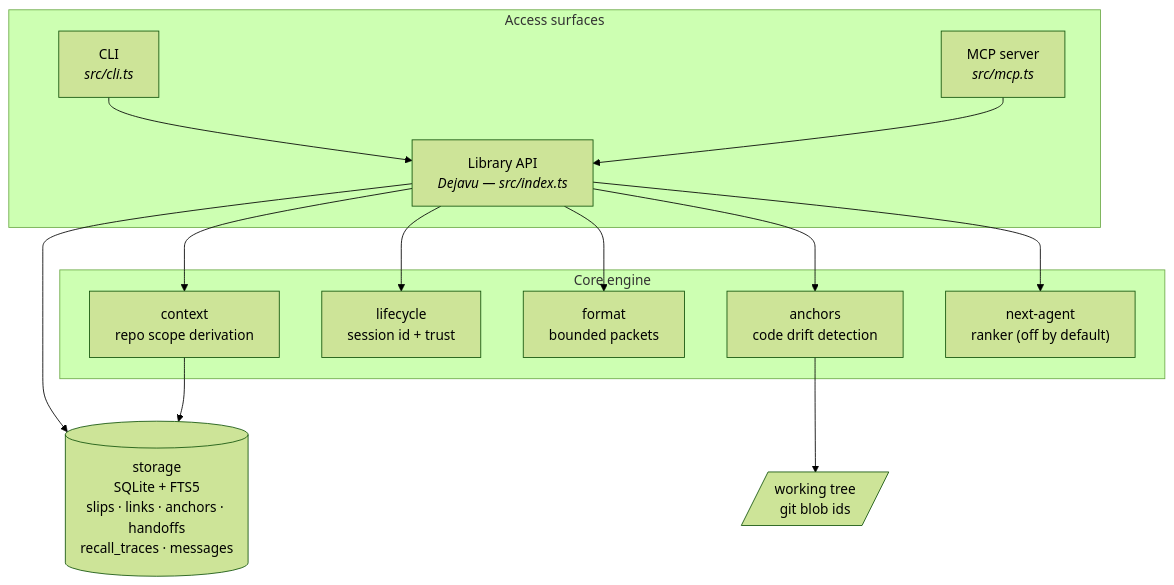
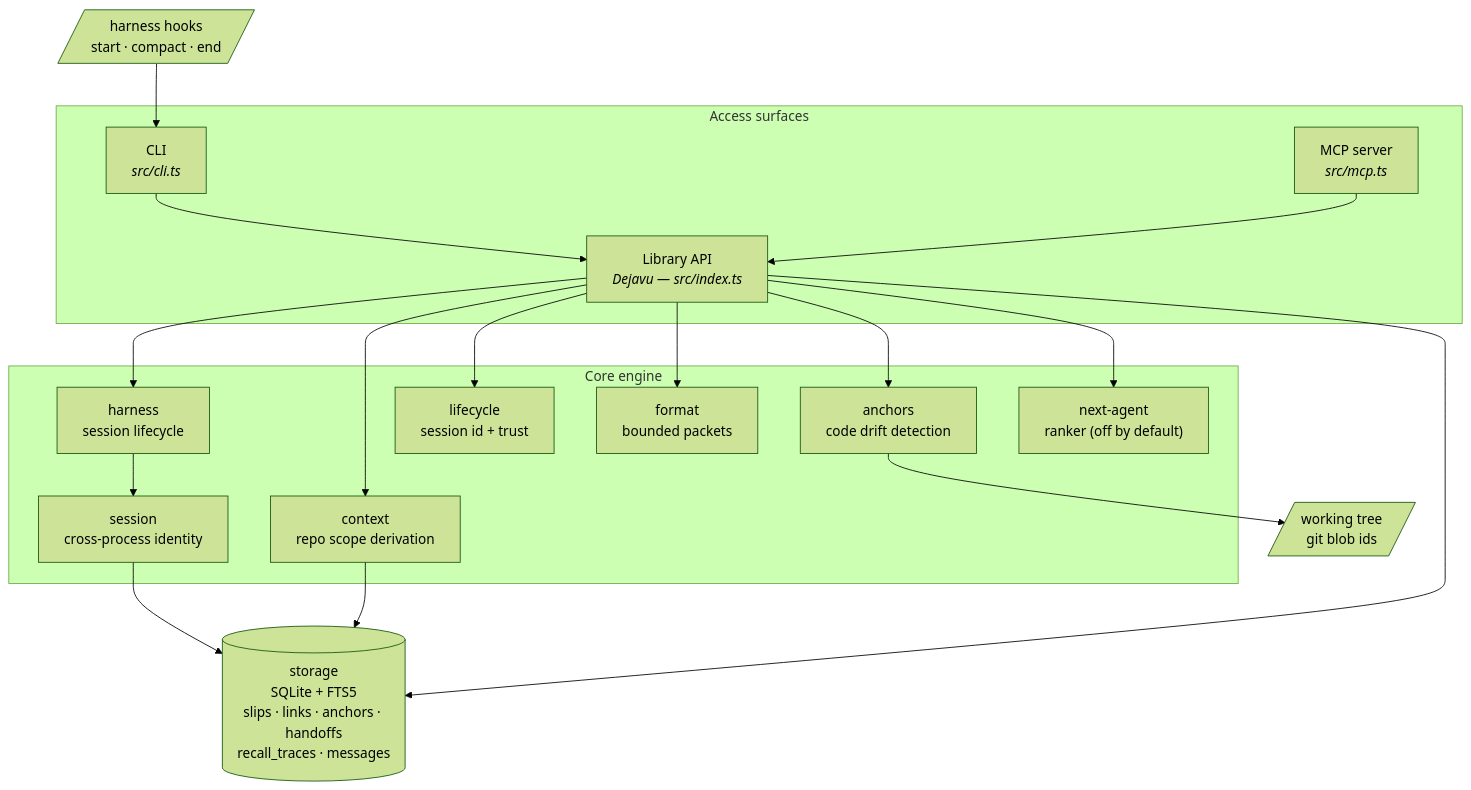
Before and after one commit to sanjayrohith/Dejavu: the second of 4 diagrams in README.md, drawn with Mermaid (forest theme). The commit also changed other lines of this file and 2 other files, not shown here.

````diff
--- a/README.md
+++ b/README.md
@@ -133,30 +133,36 @@
 ```mermaid
 flowchart TB
     subgraph Access["Access surfaces"]
         CLI["CLI<br/><i>src/cli.ts</i>"]
         MCP["MCP server<br/><i>src/mcp.ts</i>"]
         LIB["Library API<br/><i>Dejavu — src/index.ts</i>"]
     end
 
     subgraph Core["Core engine"]
         CTX["context<br/>repo scope derivation"]
         LC["lifecycle<br/>session id + trust"]
         FMT["format<br/>bounded packets"]
         ANC["anchors<br/>code drift detection"]
+        HAR["harness<br/>session lifecycle"]
+        SES["session<br/>cross-process identity"]
         NA["next-agent<br/>ranker (off by default)"]
     end
 
     STORE[("storage<br/>SQLite + FTS5<br/>slips · links · anchors · handoffs<br/>recall_traces · messages")]
     TREE[/"working tree<br/>git blob ids"/]
 
+    HOOKS[/"harness hooks<br/>start · compact · end"/] --> CLI
     CLI --> LIB
     MCP --> LIB
+    LIB --> HAR
+    HAR --> SES
+    SES --> STORE
     LIB --> CTX
     LIB --> LC
     LIB --> FMT
     LIB --> ANC
     LIB --> NA
     LIB --> STORE
     CTX --> STORE
     ANC --> TREE
 ```
````
